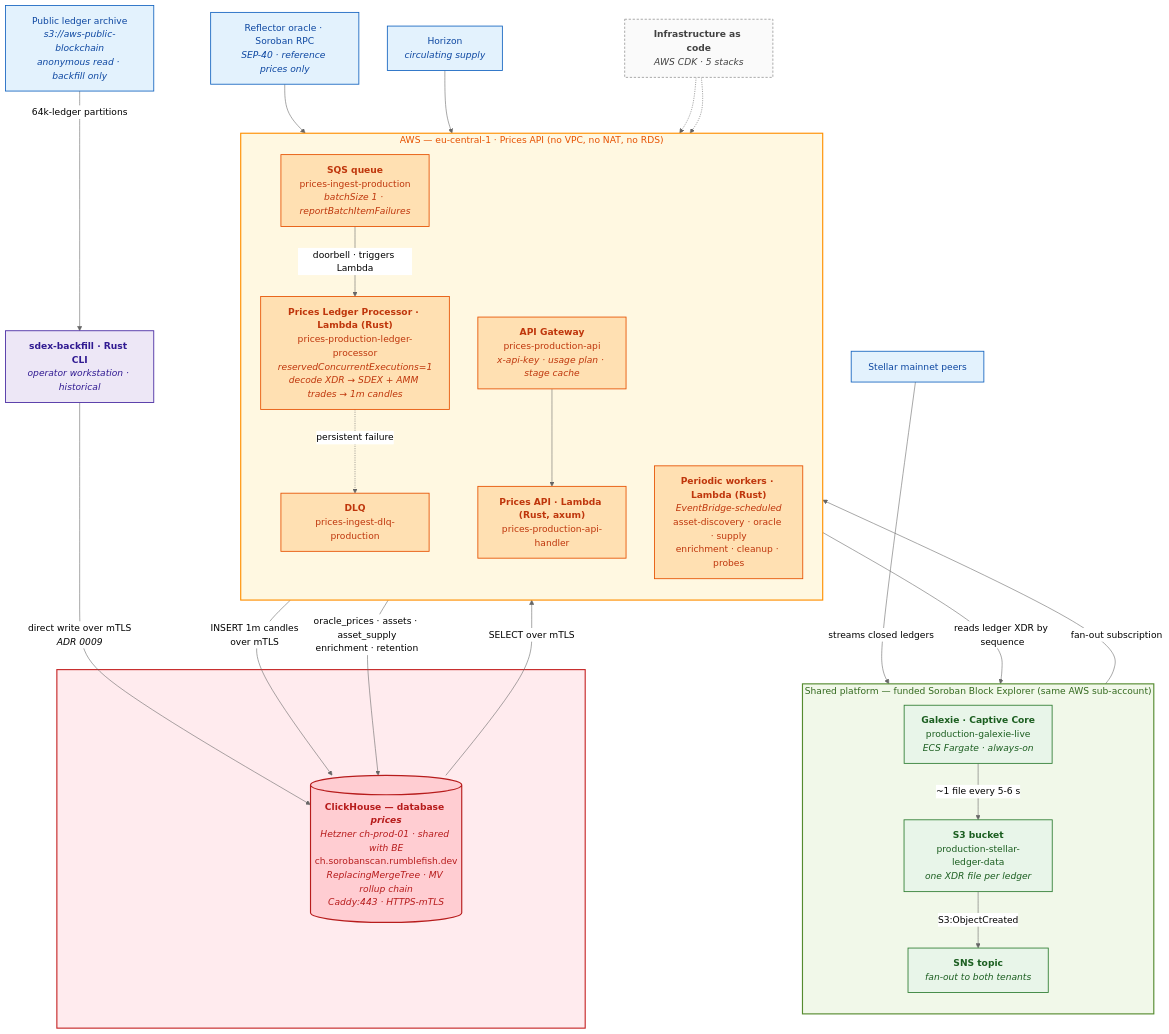
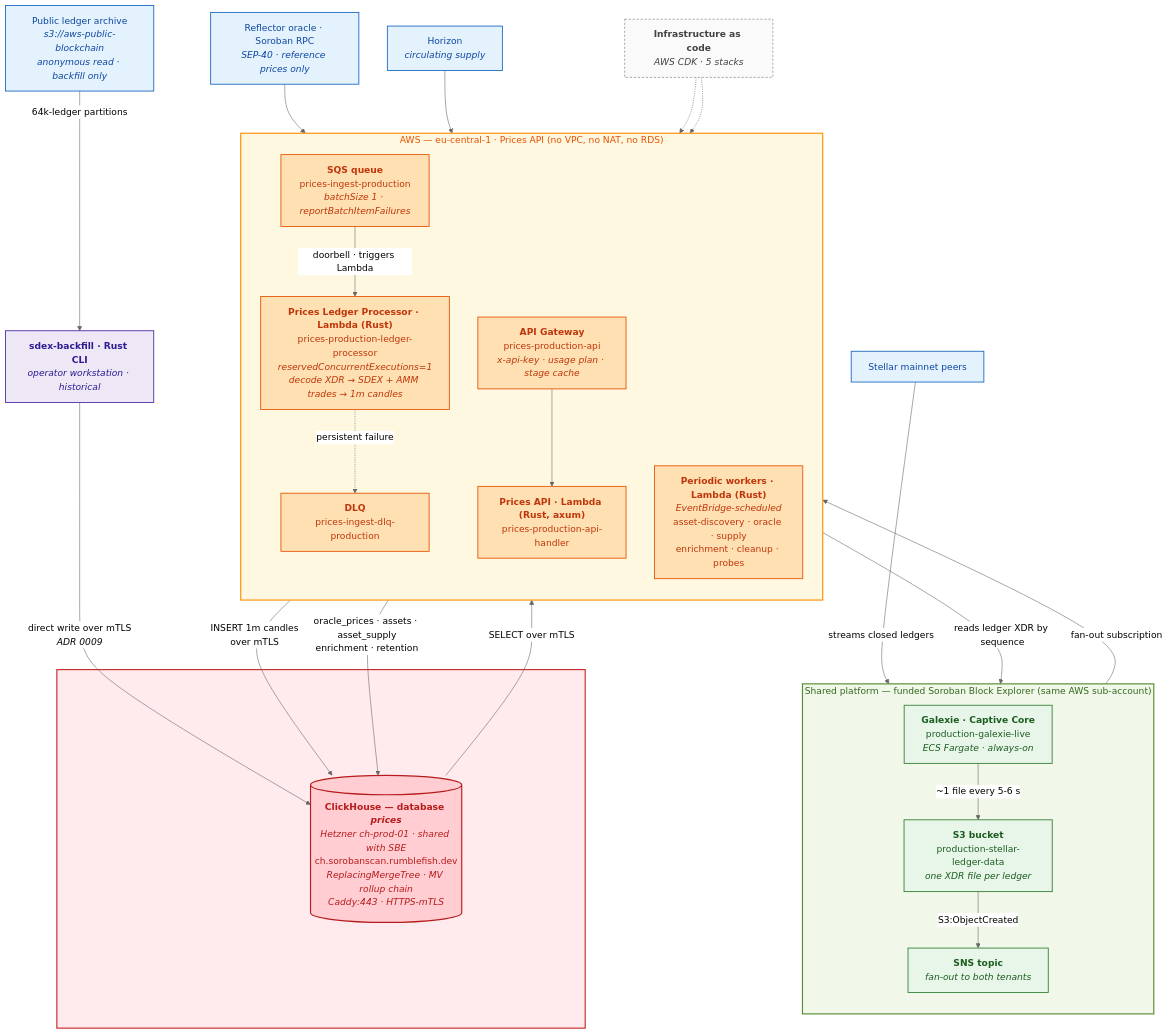
The diagram in docs/scf/architecture.mmd (rumblefishdev/stellar-prices-api), drawn with Mermaid (neutral theme) before and after one commit. The commit also changed 3 other files, not shown here.

```diff
--- a/docs/scf/architecture.mmd
+++ b/docs/scf/architecture.mmd
@@ -1,68 +1,68 @@
 %%{init: {"flowchart": {"curve": "basis"}}}%%
 flowchart TB
     SP["Stellar mainnet peers"]
     ARCH["Public ledger archive<br/><i>s3://aws-public-blockchain</i><br/><i>anonymous read · backfill only</i>"]
     RPC["Reflector oracle · Soroban RPC<br/><i>SEP-40 · reference prices only</i>"]
     HOR["Horizon<br/><i>circulating supply</i>"]
 
     subgraph BE["Shared platform — funded Soroban Block Explorer (same AWS sub-account)"]
         direction TB
         GAL["<b>Galexie · Captive Core</b><br/>production-galexie-live<br/><i>ECS Fargate · always-on</i>"]
         S3["<b>S3 bucket</b><br/>production-stellar-ledger-data<br/><i>one XDR file per ledger</i>"]
         SNS["<b>SNS topic</b><br/><i>fan-out to both tenants</i>"]
     end
 
     subgraph AWS["AWS — eu-central-1 · Prices API (no VPC, no NAT, no RDS)"]
         direction TB
         SQS["<b>SQS queue</b><br/>prices-ingest-production<br/><i>batchSize 1 · reportBatchItemFailures</i>"]
         DLQ["<b>DLQ</b><br/>prices-ingest-dlq-production"]
         LP["<b>Prices Ledger Processor · Lambda (Rust)</b><br/>prices-production-ledger-processor<br/><i>reservedConcurrentExecutions=1</i><br/><i>decode XDR → SDEX + AMM trades → 1m candles</i>"]
         WRK["<b>Periodic workers · Lambda (Rust)</b><br/><i>EventBridge-scheduled</i><br/>asset-discovery · oracle · supply<br/>enrichment · cleanup · probes"]
         API["<b>Prices API · Lambda (Rust, axum)</b><br/>prices-production-api-handler"]
         AGW["<b>API Gateway</b><br/>prices-production-api<br/><i>x-api-key · usage plan · stage cache</i>"]
     end
 
     CLI["<b>sdex-backfill · Rust CLI</b><br/><i>operator workstation · historical</i>"]
 
     subgraph HET[" "]
-        CH[("<b>ClickHouse — database <i>prices</i></b><br/><i>Hetzner ch-prod-01 · shared with BE</i><br/>ch.sorobanscan.rumblefish.dev<br/><i>ReplacingMergeTree · MV rollup chain</i><br/><i>Caddy:443 · HTTPS-mTLS</i>")]
+        CH[("<b>ClickHouse — database <i>prices</i></b><br/><i>Hetzner ch-prod-01 · shared with SBE</i><br/>ch.sorobanscan.rumblefish.dev<br/><i>ReplacingMergeTree · MV rollup chain</i><br/><i>Caddy:443 · HTTPS-mTLS</i>")]
     end
 
     IAC["<b>Infrastructure as code</b><br/><i>AWS CDK · 5 stacks</i>"]
 
     SP -->|"streams closed ledgers"| GAL
     GAL -->|"~1 file every 5-6 s"| S3
     S3 -->|"S3:ObjectCreated"| SNS
     SNS -->|"fan-out subscription"| SQS
     SQS -->|"doorbell · triggers Lambda"| LP
     LP -.->|"persistent failure"| DLQ
     LP -->|"reads ledger XDR by sequence"| S3
     LP -->|"INSERT 1m candles<br/>over mTLS"| CH
     RPC --> WRK
     HOR --> WRK
     WRK -->|"oracle_prices · assets · asset_supply<br/>enrichment · retention"| CH
     ARCH -->|"64k-ledger partitions"| CLI
     CLI -->|"direct write over mTLS<br/><i>ADR 0009</i>"| CH
     CH -->|"SELECT over mTLS"| API
     AGW --> API
 
     IAC -.-> AWS
     IAC -.-> AGW
 
     classDef ingestion fill:#FFE0B2,stroke:#E65100,stroke-width:1.5px,color:#BF360C
     classDef external  fill:#E3F2FD,stroke:#1565C0,stroke-width:1.5px,color:#0D47A1
     classDef database  fill:#FFCDD2,stroke:#B71C1C,stroke-width:2px,color:#B71C1C
     classDef iac       fill:#FAFAFA,stroke:#9E9E9E,stroke-width:1.5px,color:#424242,stroke-dasharray:4 3
     classDef shared    fill:#E8F5E9,stroke:#2E7D32,stroke-width:1.5px,color:#1B5E20
     classDef local     fill:#EDE7F6,stroke:#4527A0,stroke-width:1.5px,color:#311B92
 
     class SP,ARCH,RPC,HOR external
     class GAL,S3,SNS shared
     class SQS,DLQ,LP,WRK,API,AGW ingestion
     class CH database
     class IAC iac
     class CLI local
 
     style AWS fill:#FFF8E1,stroke:#FF8F00,stroke-width:2px,color:#E65100
     style BE  fill:#F1F8E9,stroke:#558B2F,stroke-width:2px,color:#33691E
     style HET fill:#FFEBEE,stroke:#C62828,stroke-width:2px,color:#B71C1C
```
